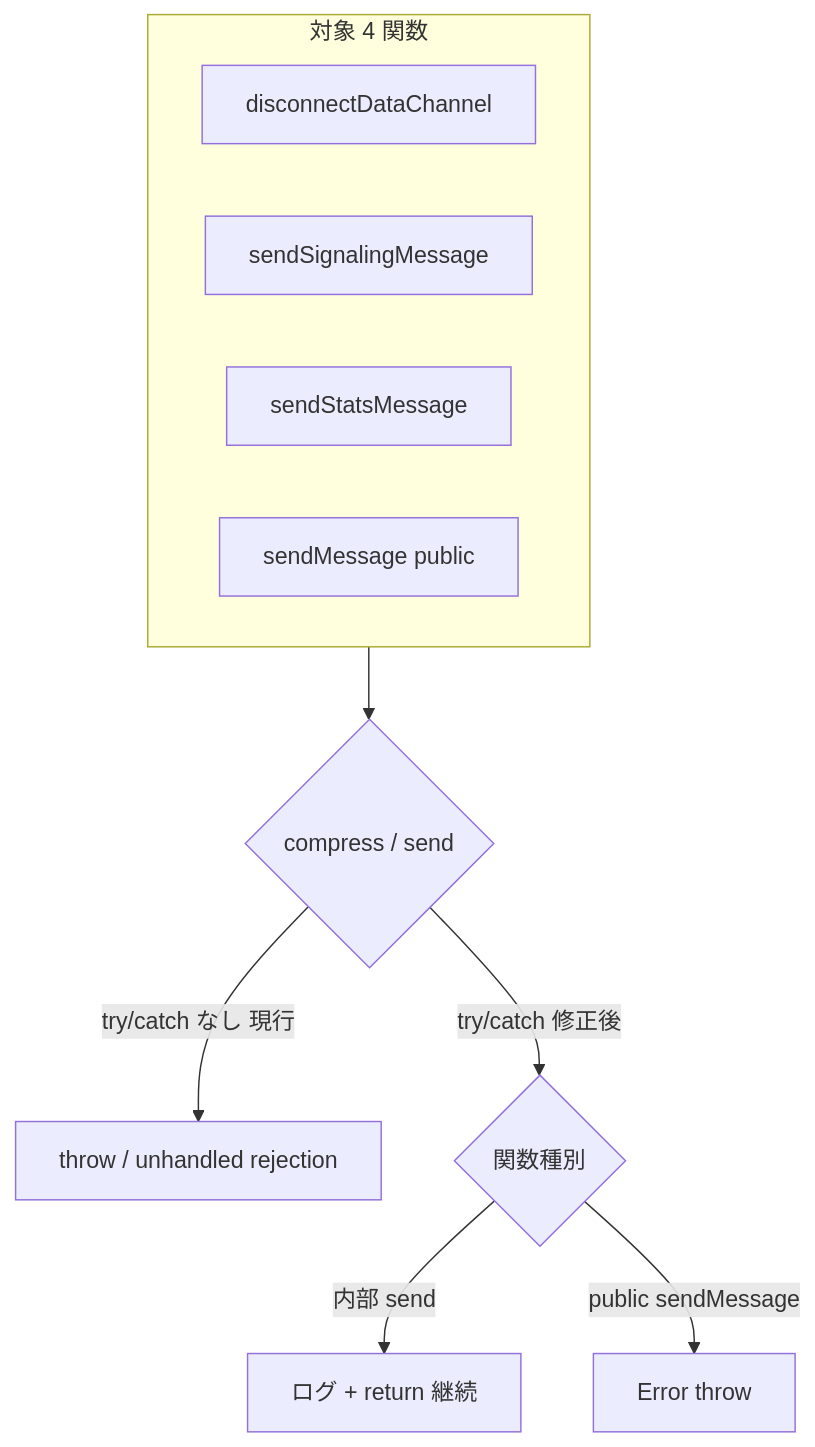
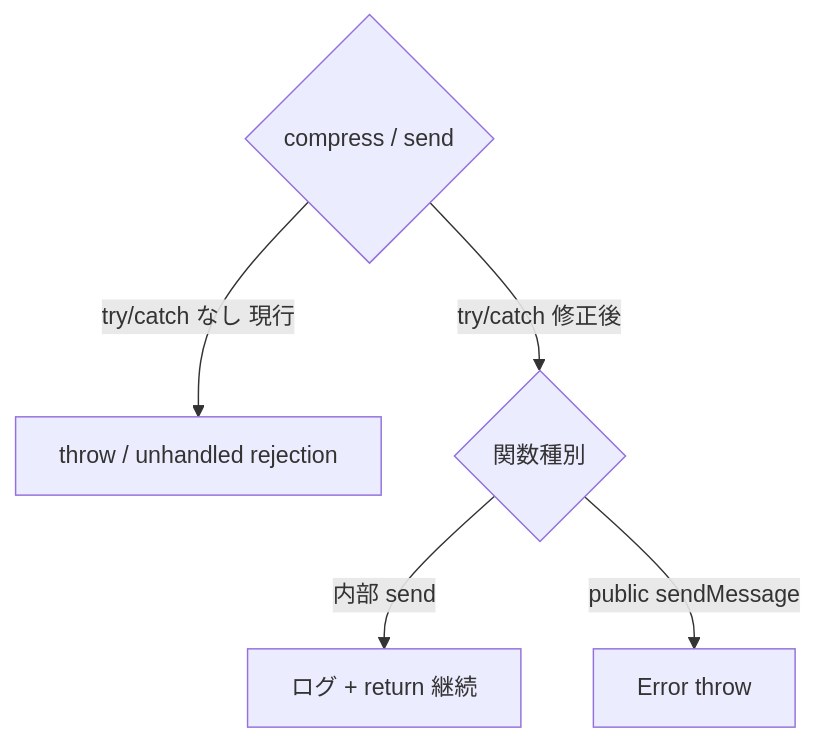
One commit to shiguredo/sora-js-sdk changed the diagram in issues/0034-bug-fix-signaling-send-sync-exceptions.md. Above: the diagram before and after it, drawn with Mermaid. The commit also changed other lines of this file and 33 other files, not shown here.

````diff
--- a/issues/0034-bug-fix-signaling-send-sync-exceptions.md
+++ b/issues/0034-bug-fix-signaling-send-sync-exceptions.md
@@ -35,15 +34,7 @@
 ```mermaid
 flowchart TD
-    subgraph funcs [対象 4 関数]
-        F1[disconnectDataChannel]
-        F2[sendSignalingMessage]
-        F3[sendStatsMessage]
-        F4[sendMessage public]
-    end
-
-    funcs --> A{compress / send}
-    A -->|try/catch なし 現行| B[throw / unhandled rejection]
+    A{compress / send} -->|try/catch なし 現行| B[throw / unhandled rejection]
     A -->|try/catch 修正後| C{関数種別}
     C -->|内部 send| D[ログ + return 継続]
     C -->|public sendMessage| E[Error throw]
 ```
````
